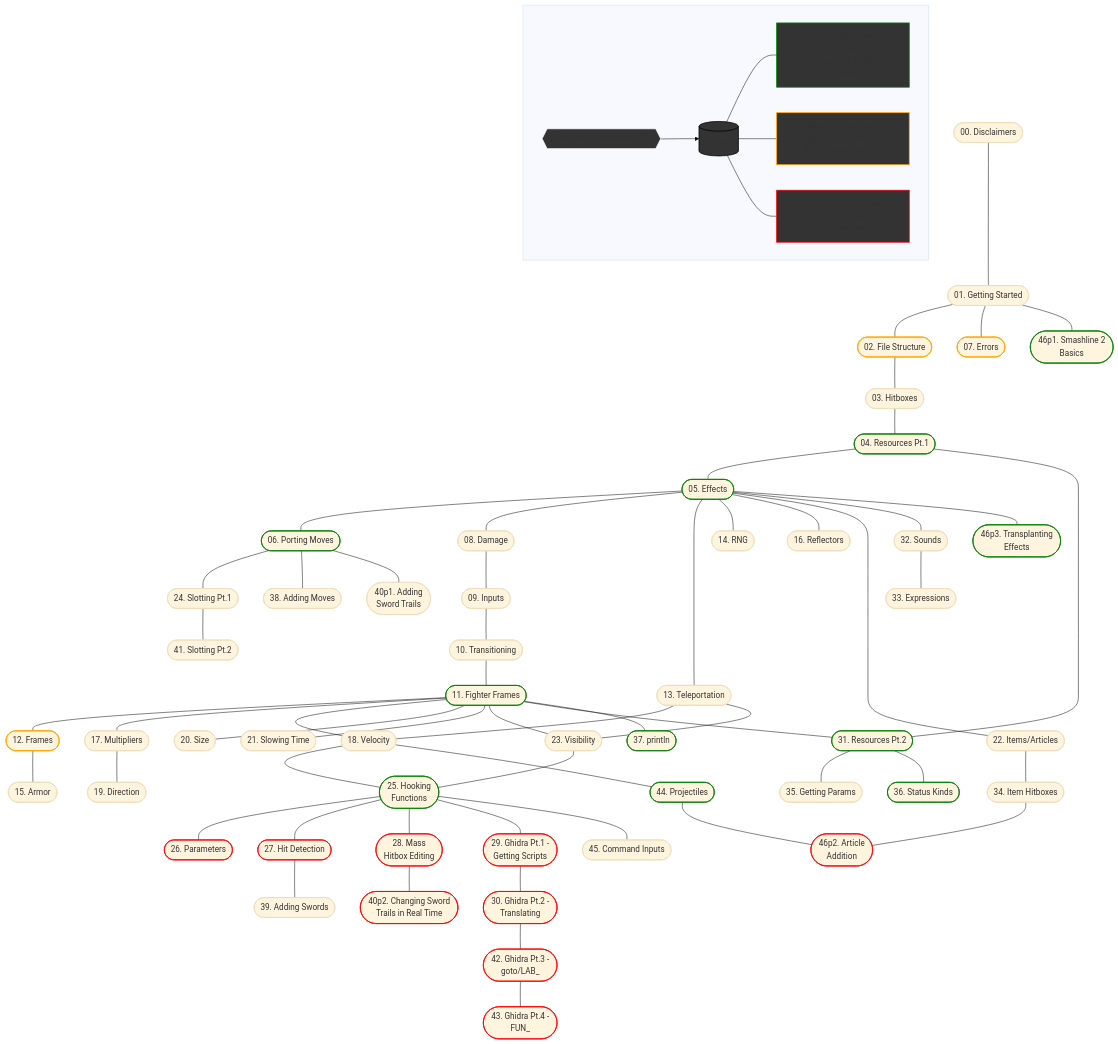
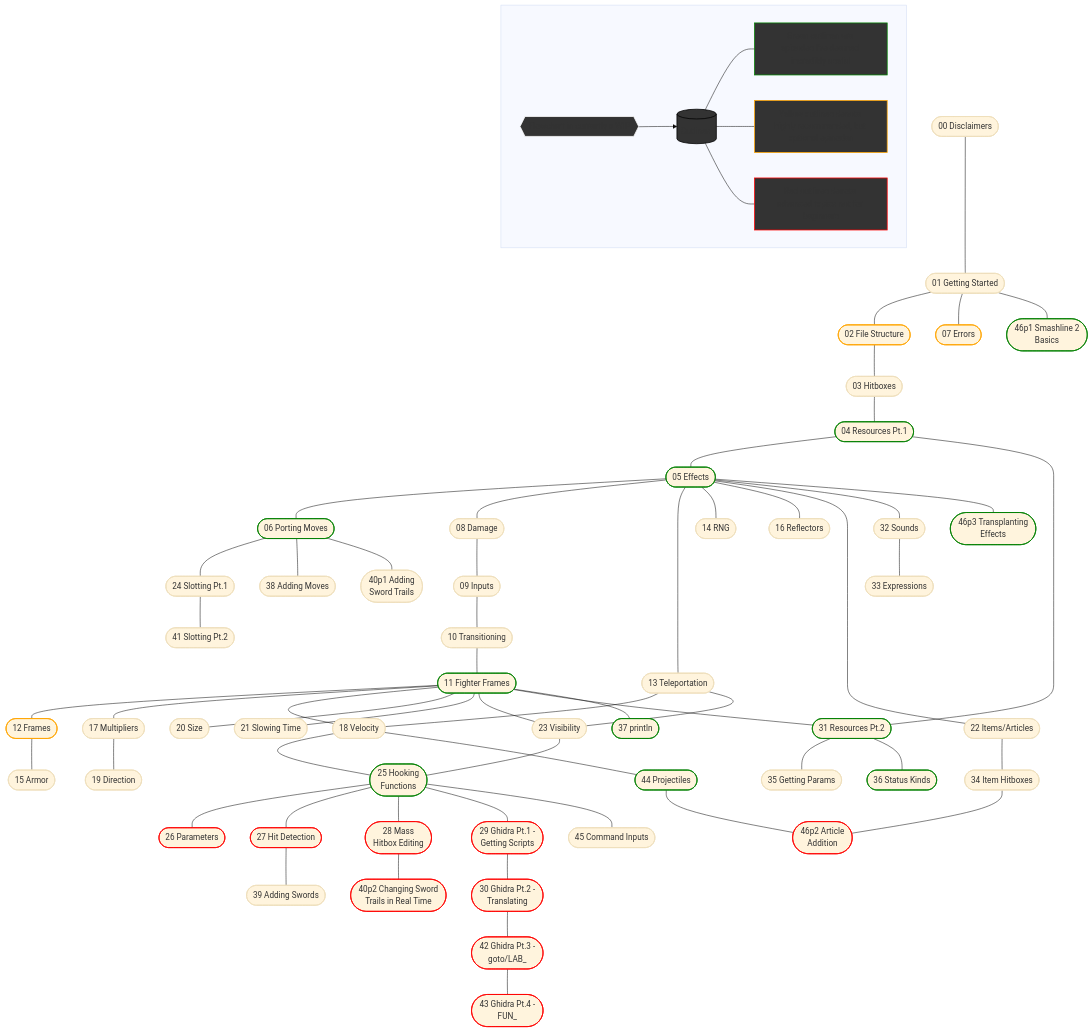
One commit to LilyLavender/ssbu-mod-workshop changed the diagram in EpisodeOrder.md. Above: the diagram before and after it, drawn with Mermaid (base theme).

Commit message:
Mermaid syntax fixes

```diff
--- a/EpisodeOrder.md
+++ b/EpisodeOrder.md
@@ -15,9 +15,9 @@
     %% Declarations
     tt1{{Flowchart is currently a WIP}}
     tt2[(Outlines:)]
-    tt3[Green outlines are episodes \n I've deemed incredibly useful]
-    tt4[Yellow outlines denote highly recommended, \n but optional episodes]
-    tt5[Red outlines denote advanced topics \n not for beginners]
+    tt3[Green outlines are episodes I've deemed incredibly useful]
+    tt4[Yellow outlines denote highly recommended, but optional episodes]
+    tt5[Red outlines denote advanced topics not for beginners]
     %% Todo: Add some notes about where to start 
 
     %% Connections
@@ -37,57 +37,57 @@
 
 %% Episodes
     %% Declarations
-    00([00. Disclaimers])
-    01([01. Getting Started])
-    02([02. File Structure]):::hlY
-    03([03. Hitboxes])
-    04([04. Resources Pt.1]):::hlG
-    05([05. Effects]):::hlG
-    06([06. Porting Moves]):::hlG
-    07([07. Errors]):::hlY
-    08([08. Damage])
-    09([09. Inputs])
-    10([10. Transitioning])
-    11([11. Fighter Frames]):::hlG
-    12([12. Frames]):::hlY
-    13([13. Teleportation])
-    14([14. RNG])
-    15([15. Armor])
-    16([16. Reflectors])
-    17([17. Multipliers])
-    18([18. Velocity])
-    19([19. Direction])
-    20([20. Size])
-    21([21. Slowing Time])
-    22([22. Items/Articles])
-    23([23. Visibility])
-    24([24. Slotting Pt.1])
-    25([25. Hooking \n Functions]):::hlG
-    26([26. Parameters]):::hlR
-    27([27. Hit Detection]):::hlR
-    28([28. Mass \n Hitbox Editing]):::hlR
-    29([29. Ghidra Pt.1 - \n Getting Scripts]):::hlR
-    30([30. Ghidra Pt.2 - \n Translating]):::hlR
-    31([31. Resources Pt.2]):::hlG
-    32([32. Sounds])
-    33([33. Expressions])
-    34([34. Item Hitboxes])
-    35([35. Getting Params])
-    36([36. Status Kinds]):::hlG
-    37([37. println]):::hlG
-    38([38. Adding Moves])
-    39([39. Adding Swords])
-    40.1([40p1. Adding \n Sword Trails])
-    40.2([40p2. Changing Sword \n Trails in Real Time]):::hlR
-    41([41. Slotting Pt.2])
-    42([42. Ghidra Pt.3 - \n goto/LAB_]):::hlR
-    43([43. Ghidra Pt.4 - \n FUN_]):::hlR
-    44([44. Projectiles]):::hlG
-    45([45. Command Inputs])
-    46.1([46p1. Smashline 2 \n Basics]):::hlG
-    46.2([46p2. Article \n Addition]):::hlR
-    46.3([46p3. Transplanting \n Effects]):::hlG
-    %%47([47. Setting Up \n Rust Analyzer]):::hlY
+    00([00 Disclaimers])
+    01([01 Getting Started])
+    02([02 File Structure]):::hlY
+    03([03 Hitboxes])
+    04([04 Resources Pt.1]):::hlG
+    05([05 Effects]):::hlG
+    06([06 Porting Moves]):::hlG
+    07([07 Errors]):::hlY
+    08([08 Damage])
+    09([09 Inputs])
+    10([10 Transitioning])
+    11([11 Fighter Frames]):::hlG
+    12([12 Frames]):::hlY
+    13([13 Teleportation])
+    14([14 RNG])
+    15([15 Armor])
+    16([16 Reflectors])
+    17([17 Multipliers])
+    18([18 Velocity])
+    19([19 Direction])
+    20([20 Size])
+    21([21 Slowing Time])
+    22([22 Items/Articles])
+    23([23 Visibility])
+    24([24 Slotting Pt.1])
+    25([25 Hooking <br> Functions]):::hlG
+    26([26 Parameters]):::hlR
+    27([27 Hit Detection]):::hlR
+    28([28 Mass <br> Hitbox Editing]):::hlR
+    29([29 Ghidra Pt.1 - <br> Getting Scripts]):::hlR
+    30([30 Ghidra Pt.2 - <br> Translating]):::hlR
+    31([31 Resources Pt.2]):::hlG
+    32([32 Sounds])
+    33([33 Expressions])
+    34([34 Item Hitboxes])
+    35([35 Getting Params])
+    36([36 Status Kinds]):::hlG
+    37([37 println]):::hlG
+    38([38 Adding Moves])
+    39([39 Adding Swords])
+    40.1([40p1 Adding <br> Sword Trails])
+    40.2([40p2 Changing Sword <br> Trails in Real Time]):::hlR
+    41([41 Slotting Pt.2])
+    42([42 Ghidra Pt.3 - <br> goto/LAB_]):::hlR
+    43([43 Ghidra Pt.4 - <br> FUN_]):::hlR
+    44([44 Projectiles]):::hlG
+    45([45 Command Inputs])
+    46.1([46p1 Smashline 2 <br> Basics]):::hlG
+    46.2([46p2 Article <br> Addition]):::hlR
+    46.3([46p3 Transplanting <br> Effects]):::hlG
+    %%47([47 Setting Up <br> Rust Analyzer]):::hlY
 
     %% Connections
     %%ttStart{{Start Here!}}:::hlW--- don't know if I like this or not yet
```
